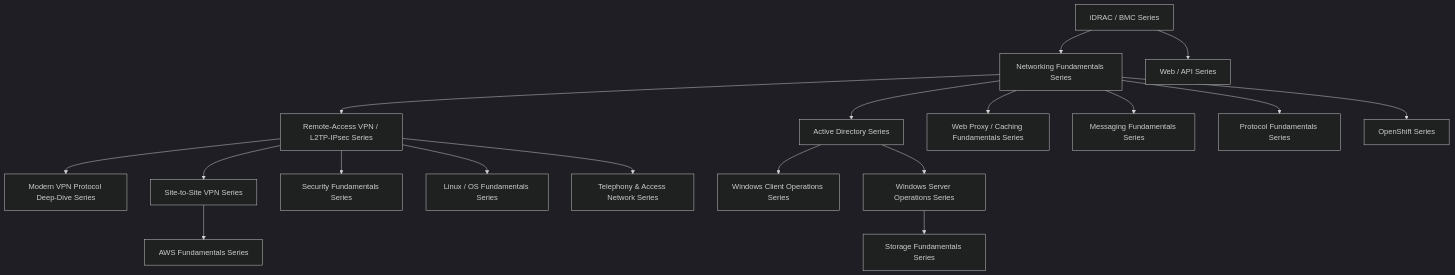
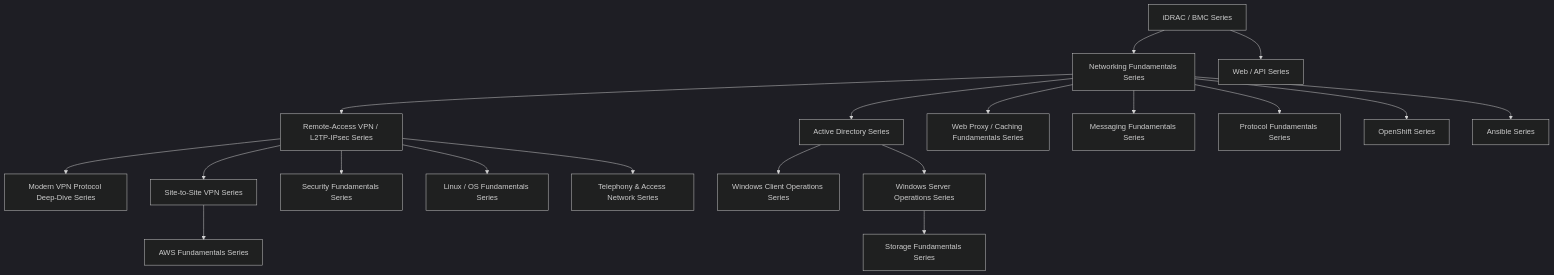
The diagram in src/pages/en/sitemap.md (koikoi1998/koikoi-blog-20260723), drawn with Mermaid (dark theme) before and after one commit. The commit also changed other lines of this file and 9 other files, not shown here.

````diff
--- a/src/pages/en/sitemap.md
+++ b/src/pages/en/sitemap.md
@@ -22,39 +22,41 @@
 ```mermaid
 graph TB
     Idrac["iDRAC / BMC Series"]
     Network["Networking Fundamentals Series"]
     Vpn["Remote-Access VPN / L2TP-IPsec Series"]
     ModernVpn["Modern VPN Protocol Deep-Dive Series"]
     SiteToSite["Site-to-Site VPN Series"]
     Security["Security Fundamentals Series"]
     Linux["Linux / OS Fundamentals Series"]
     Telephony["Telephony & Access Network Series"]
     Api["Web / API Series"]
     ActiveDirectory["Active Directory Series"]
     WindowsClient["Windows Client Operations Series"]
     WindowsServer["Windows Server Operations Series"]
     Storage["Storage Fundamentals Series"]
     WebProxy["Web Proxy / Caching Fundamentals Series"]
     AwsBasics["AWS Fundamentals Series"]
     Messaging["Messaging Fundamentals Series"]
     Protocol["Protocol Fundamentals Series"]
     OpenShift["OpenShift Series"]
+    Ansible["Ansible Series"]
 
     Idrac --> Network
     Idrac --> Api
     Network --> Vpn
     Vpn --> ModernVpn
     Vpn --> SiteToSite
     Vpn --> Security
     Vpn --> Linux
     Vpn --> Telephony
     Network --> ActiveDirectory
     ActiveDirectory --> WindowsClient
     ActiveDirectory --> WindowsServer
     WindowsServer --> Storage
     Network --> WebProxy
     SiteToSite --> AwsBasics
     Network --> Messaging
     Network --> Protocol
     Network --> OpenShift
+    Network --> Ansible
 ```
````
